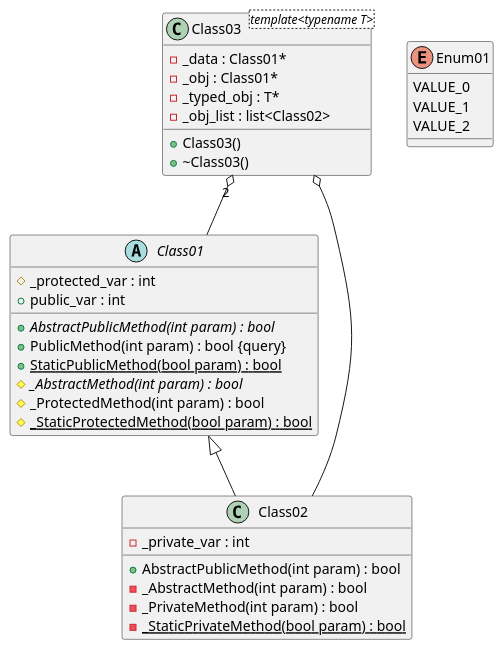
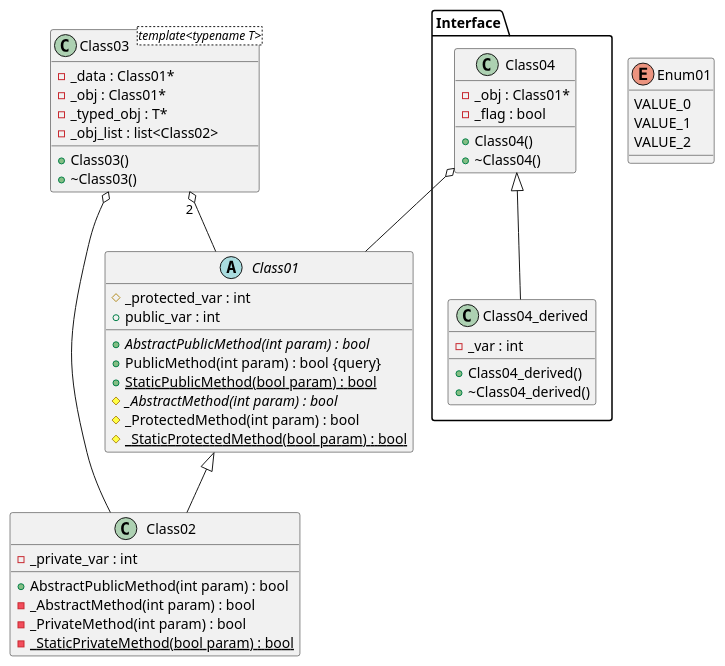
Before and after one commit to thibaultmarin/hpp2plantuml: the diagram in hpp2plantuml.org, drawn with PlantUML. The commit also changed other lines of this file and 4 other files, not shown here.

```diff
--- a/hpp2plantuml.org
+++ b/hpp2plantuml.org
@@ -1997,42 +2173,68 @@
 #+BEGIN_SRC plantuml :mkdirp yes :tangle tests/simple_classes.puml
 @startuml
 abstract class Class01 {
 	+{abstract} AbstractPublicMethod(int param) : bool
 	+PublicMethod(int param) : bool {query}
 	+{static} StaticPublicMethod(bool param) : bool
 	#{abstract} _AbstractMethod(int param) : bool
 	#_ProtectedMethod(int param) : bool
 	#{static} _StaticProtectedMethod(bool param) : bool
 	#_protected_var : int
 	+public_var : int
 }
 
 class Class02 {
 	+AbstractPublicMethod(int param) : bool
 	-_AbstractMethod(int param) : bool
 	-_PrivateMethod(int param) : bool
 	-{static} _StaticPrivateMethod(bool param) : bool
 	-_private_var : int
 }
 
 class Class03 <template<typename T>> {
 	+Class03()
 	+~Class03()
 	-_data : Class01*
 	-_obj : Class01*
 	-_typed_obj : T*
 	-_obj_list : list<Class02>
 }
 
+namespace Interface {
+	class Class04 {
+		+Class04()
+		+~Class04()
+		-_obj : Class01*
+		-_flag : bool
+	}
+}
+
+namespace Interface {
+	class Class04_derived {
+		+Class04_derived()
+		+~Class04_derived()
+		-_var : int
+	}
+}
+
 enum Enum01 {
 	VALUE_0
 	VALUE_1
 	VALUE_2
 }
 
-Class01 <|-- Class02
-Class03 "2" o-- Class01
-Class03 o-- Class02
+.Class01 <|-- .Class02
+
+namespace Interface {
+	Class04 <|-- Class04_derived
+}
+
+.Class03 "2" o-- .Class01
+
+.Class03 o-- .Class02
+
+Interface.Class04 o-- .Class01
+
 
 @enduml
 #+END_SRC
```
